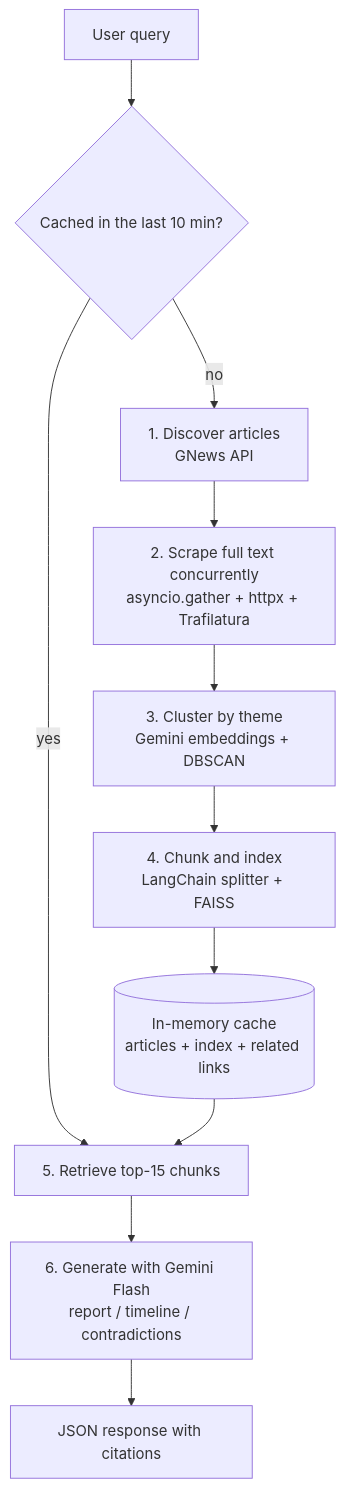
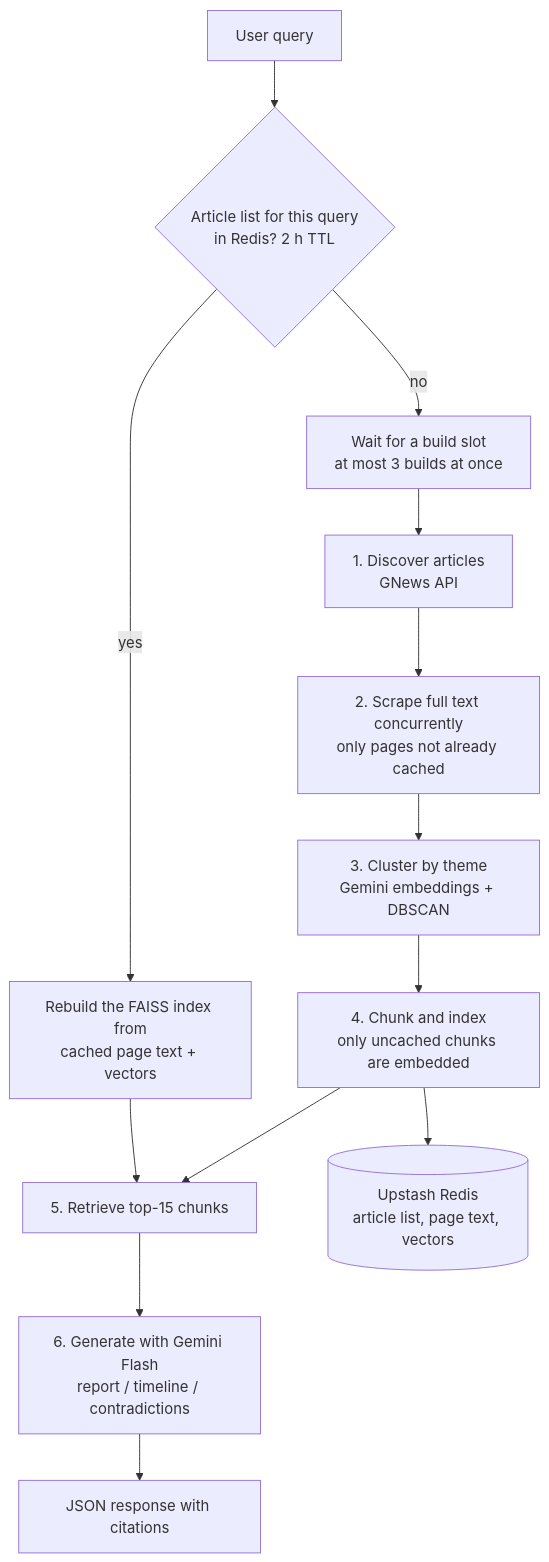
Before and after one commit to KotraHaridutt/ai-news-intelligence: the diagram in README.md, drawn with Mermaid. The commit also changed other lines of this file, not shown here.

Commit message:
docs: README describes the Redis cache (pipeline diagram, Caching section, key/TTL table, MAX_CONCURRENT_BUILDS, project structure, design decision, roadmap)

````diff
--- a/README.md
+++ b/README.md
@@ -34,13 +34,15 @@
 ```mermaid
 flowchart TD
-    A[User query] --> B{Cached in the last 10 min?}
-    B -- yes --> F
-    B -- no --> C[1. Discover articles<br/>GNews API]
-    C --> D[2. Scrape full text concurrently<br/>asyncio.gather + httpx + Trafilatura]
+    A[User query] --> B{Article list for this query<br/>in Redis? 2 h TTL}
+    B -- yes --> R[Rebuild the FAISS index from<br/>cached page text + vectors]
+    R --> F
+    B -- no --> Q[Wait for a build slot<br/>at most 3 builds at once]
+    Q --> C[1. Discover articles<br/>GNews API]
+    C --> D[2. Scrape full text concurrently<br/>only pages not already cached]
     D --> E[3. Cluster by theme<br/>Gemini embeddings + DBSCAN]
-    E --> E2[4. Chunk and index<br/>LangChain splitter + FAISS]
-    E2 --> CACHE[(In-memory cache<br/>articles + index + related links)]
-    CACHE --> F[5. Retrieve top-15 chunks]
+    E --> E2[4. Chunk and index<br/>only uncached chunks are embedded]
+    E2 --> CACHE[(Upstash Redis<br/>article list, page text, vectors)]
+    E2 --> F[5. Retrieve top-15 chunks]
     F --> G[6. Generate with Gemini Flash<br/>report / timeline / contradictions]
     G --> H[JSON response with citations]
 ```
````
